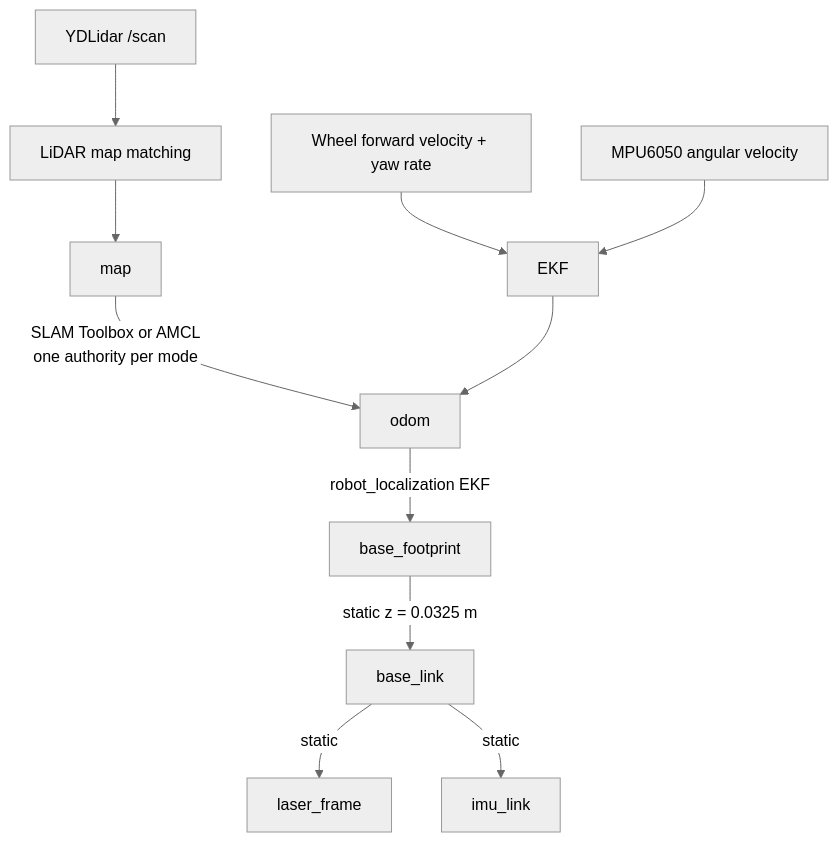
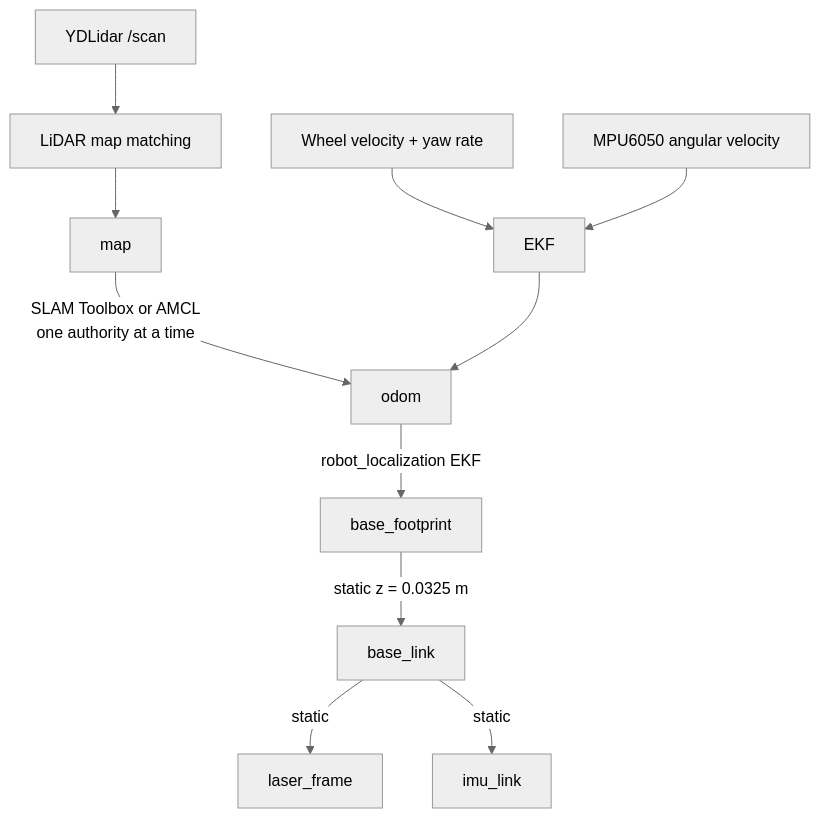
Before and after one commit to nattannsra18/amr-base-driver: the third of 3 diagrams in README.md, drawn with Mermaid (neutral theme). The commit also changed other lines of this file, not shown here.

````diff
--- a/README.md
+++ b/README.md
@@ -176,14 +157,11 @@
 ```mermaid
 flowchart TB
-  map["map"] -->|"SLAM Toolbox or AMCL<br/>one authority per mode"| odom["odom"]
+  map["map"] -->|"SLAM Toolbox or AMCL<br/>one authority at a time"| odom["odom"]
   odom -->|"robot_localization EKF"| footprint["base_footprint"]
   footprint -->|"static z = 0.0325 m"| base["base_link"]
-  base -->|"static"| laser["laser_frame"]
-  base -->|"static"| imu["imu_link"]
-
-  wheel["Wheel forward velocity + yaw rate"] --> ekf["EKF"]
+  base -->|static| laser["laser_frame"]
+  base -->|static| imu["imu_link"]
+  wheel["Wheel velocity + yaw rate"] --> ekf["EKF"] --> odom
   gyro["MPU6050 angular velocity"] --> ekf
-  ekf --> odom
-  scan["YDLidar /scan"] --> absolute["LiDAR map matching"]
-  absolute --> map
+  scan["YDLidar /scan"] --> matching["LiDAR map matching"] --> map
 ```
````
